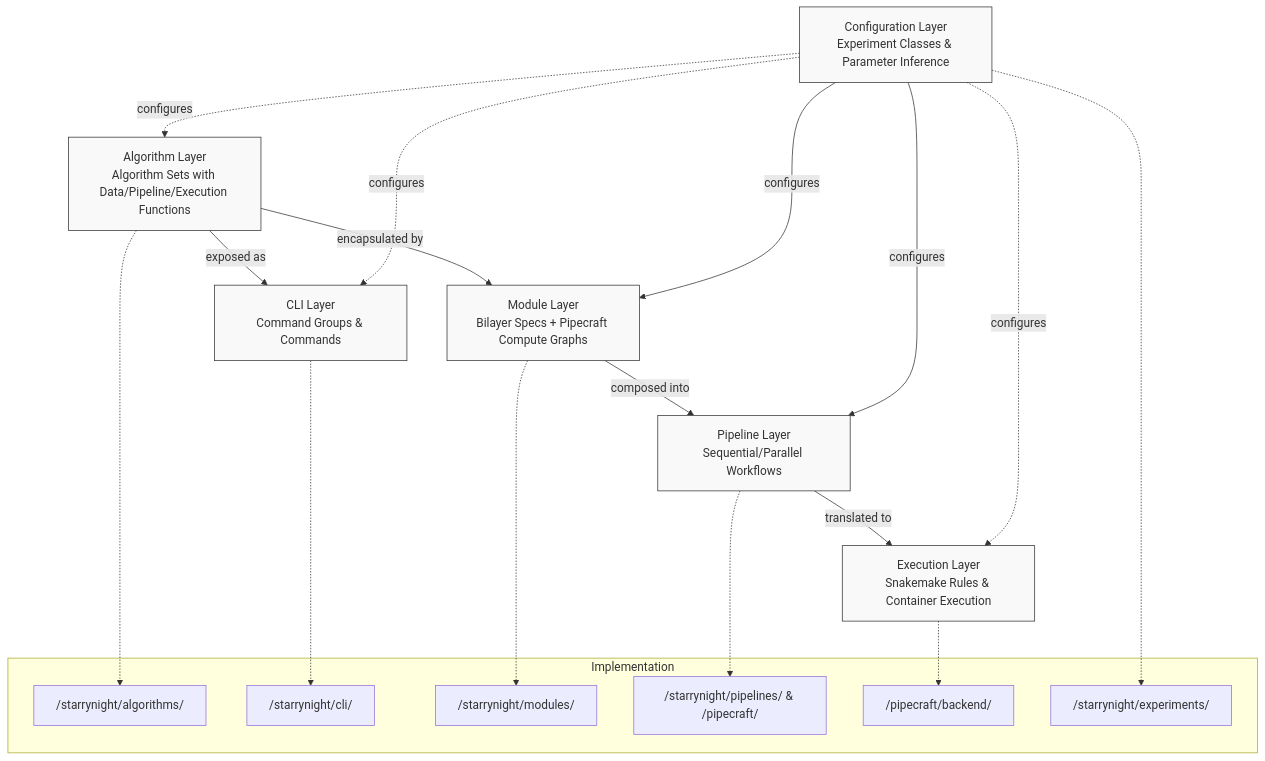
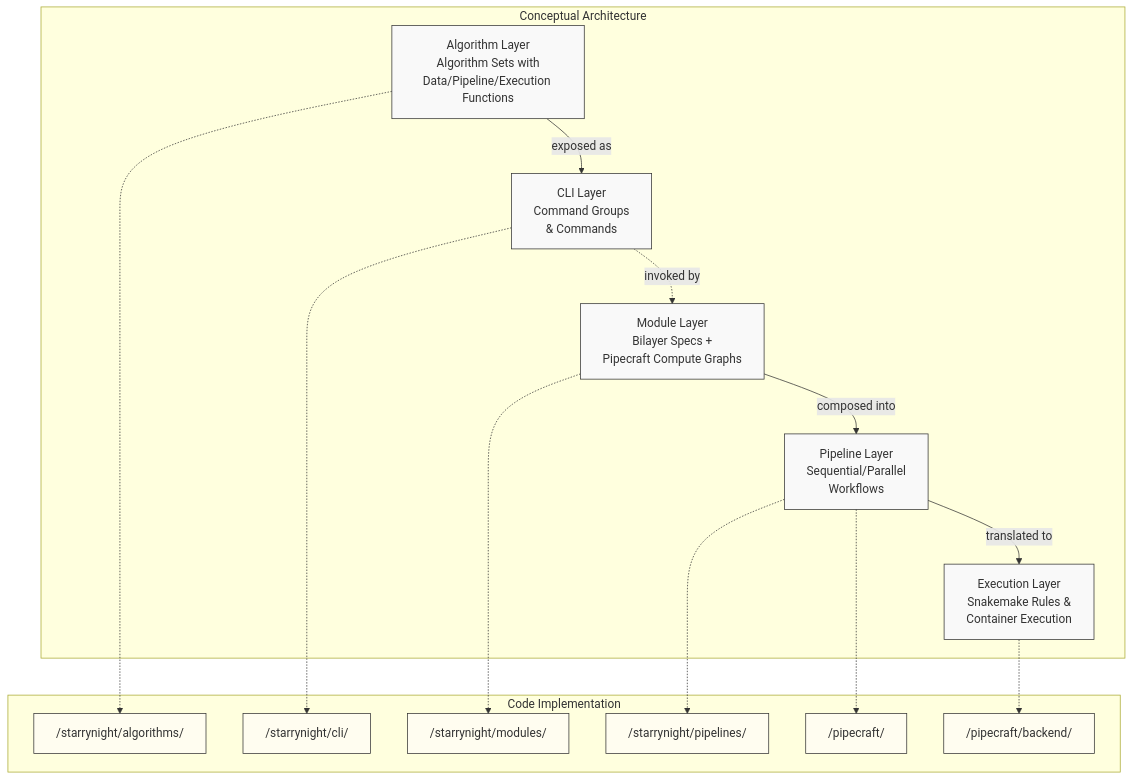
Before and after one commit to broadinstitute/starrynight: the diagram in docs/architecture/00_architecture_overview.md, drawn with Mermaid. The commit also changed other lines of this file and 1 other file, not shown here.

First line of the commit message:
docs(starrynight): improve architecture documentation clarity and accuracy

````diff
--- a/docs/architecture/00_architecture_overview.md
+++ b/docs/architecture/00_architecture_overview.md
@@ -12,31 +27,33 @@
 ```mermaid
-flowchart TD
-    A[Algorithm Layer<br>Algorithm Sets with Data/Pipeline/Execution Functions] -->|exposed as| B[CLI Layer<br>Command Groups & Commands]
-    A -->|encapsulated by| C[Module Layer<br>Bilayer Specs + Pipecraft Compute Graphs]
-    C -->|composed into| D[Pipeline Layer<br>Sequential/Parallel Workflows]
-    D -->|translated to| E[Execution Layer<br>Snakemake Rules & Container Execution]
-    F[Configuration Layer<br>Experiment Classes & Parameter Inference] -.->|configures| A
-    F -.->|configures| B
-    F -->|configures| C
-    F -->|configures| D
-    F -.->|configures| E
+flowchart TB
+    %% Top container for all conceptual layers
+    subgraph "Conceptual Architecture"
+        A[Algorithm Layer<br>Algorithm Sets with<br>Data/Pipeline/Execution Functions] -->|exposed as| B[CLI Layer<br>Command Groups<br>& Commands]
+        B -.->|invoked by| C[Module Layer<br>Bilayer Specs + <br>Pipecraft Compute Graphs]
+        C -->|composed into| D[Pipeline Layer<br>Sequential/Parallel<br>Workflows]
+        D -->|translated to| E[Execution Layer<br>Snakemake Rules & <br>Container Execution]
+    end
 
-    classDef code fill:#f9f9f9,stroke:#333,stroke-width:1px
-    class A,B,C,D,E,F code
-
-    subgraph "Implementation"
+    %% Bottom container for implementation directories
+    subgraph "Code Implementation"
         I1["/starrynight/algorithms/"]
         I2["/starrynight/cli/"]
         I3["/starrynight/modules/"]
-        I4["/starrynight/pipelines/ & /pipecraft/"]
-        I5["/pipecraft/backend/"]
-        I6["/starrynight/experiments/"]
+        I4["/starrynight/pipelines/"]
+        I5["/pipecraft/"]
+        I6["/pipecraft/backend/"]
     end
 
+    %% Connect layers to implementation
     A -.-> I1
     B -.-> I2
     C -.-> I3
-    D -.-> I4
-    E -.-> I5
-    F -.-> I6
+    D -.-> I4 & I5
+    E -.-> I6
+
+    %% Styling
+    classDef code fill:#f9f9f9,stroke:#333,stroke-width:1px
+    class A,B,C,D,E code
+    classDef impl fill:#fffdf0,stroke:#333,stroke-width:1px
+    class I1,I2,I3,I4,I5,I6 impl
 ```
````
